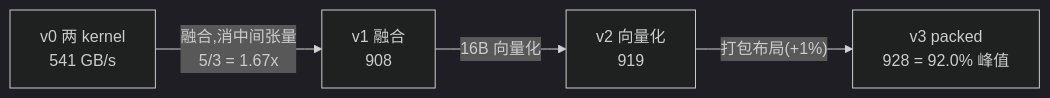
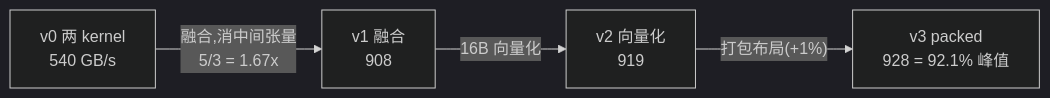
Before and after one commit to lyell0710/Kernel_Optimazation: the diagram in activation/README.md, drawn with Mermaid (dark theme). The commit also changed other lines of this file and 19 other files, not shown here.

````diff
--- a/activation/README.md
+++ b/activation/README.md
@@ -33,6 +33,6 @@
 ```mermaid
 flowchart LR
-    v0["v0 两 kernel<br>541 GB/s"] -->|"融合,消中间张量<br>5/3 = 1.67x"| v1["v1 融合<br>908"]
+    v0["v0 两 kernel<br>540 GB/s"] -->|"融合,消中间张量<br>5/3 = 1.67x"| v1["v1 融合<br>908"]
     v1 -->|"16B 向量化"| v2["v2 向量化<br>919"]
-    v2 -->|"打包布局(+1%)"| v3["v3 packed<br>928 = 92.0% 峰值"]
+    v2 -->|"打包布局(+1%)"| v3["v3 packed<br>928 = 92.1% 峰值"]
 ```
````
